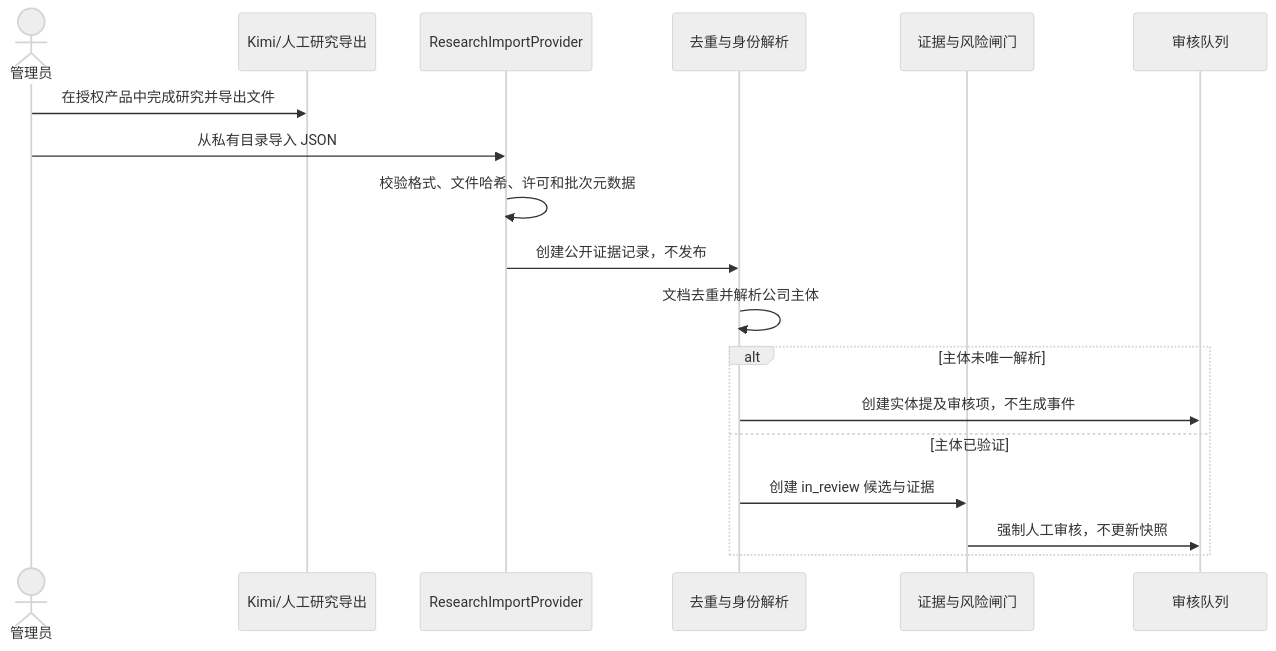
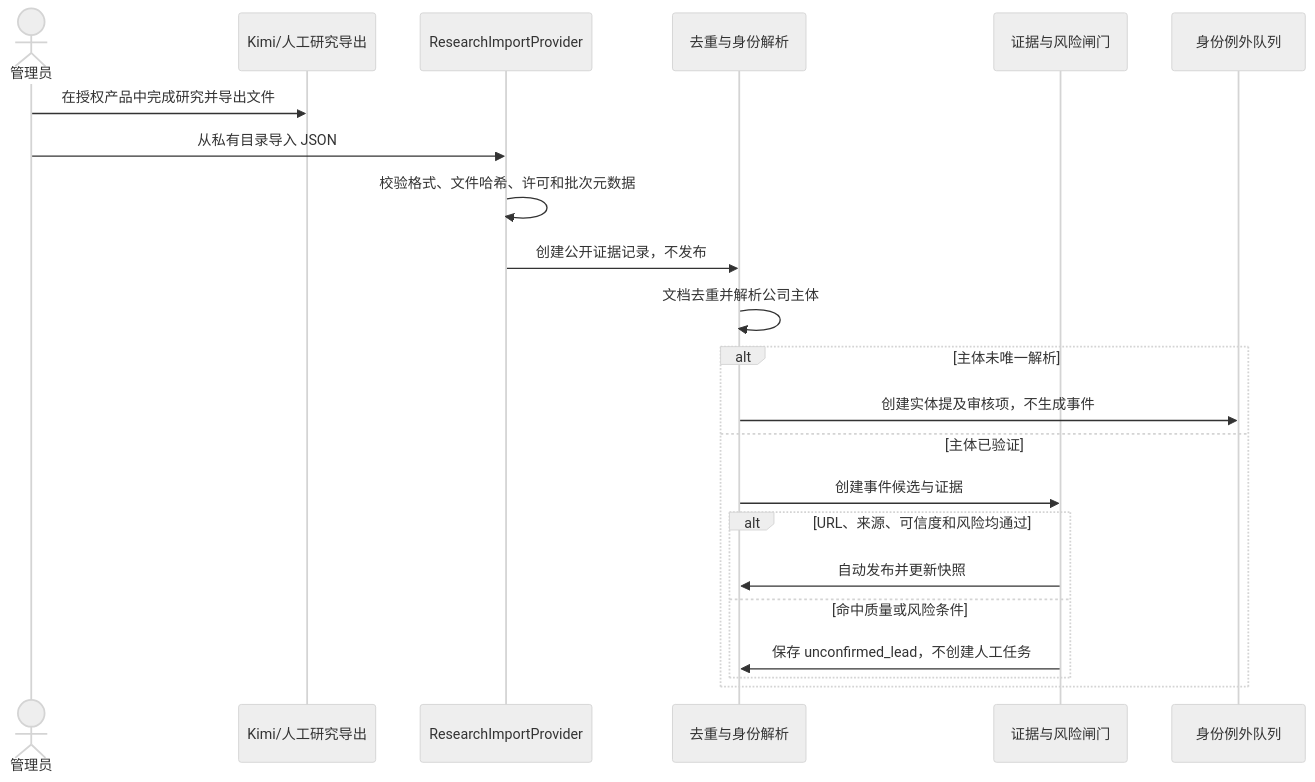
Before and after one commit to daiphoon/dealflow-radar: the diagram in docs/05-data-source-strategy.md, drawn with Mermaid (neutral theme). The commit also changed other lines of this file and 32 other files, not shown here.

````diff
--- a/docs/05-data-source-strategy.md
+++ b/docs/05-data-source-strategy.md
@@ -74,20 +74,24 @@
 ```mermaid
 sequenceDiagram
   actor A as 管理员
   participant K as Kimi/人工研究导出
   participant I as ResearchImportProvider
   participant D as 去重与身份解析
   participant G as 证据与风险闸门
-  participant Q as 审核队列
+  participant Q as 身份例外队列
   A->>K: 在授权产品中完成研究并导出文件
   A->>I: 从私有目录导入 JSON
   I->>I: 校验格式、文件哈希、许可和批次元数据
   I->>D: 创建公开证据记录，不发布
   D->>D: 文档去重并解析公司主体
   alt 主体未唯一解析
     D->>Q: 创建实体提及审核项，不生成事件
   else 主体已验证
-    D->>G: 创建 in_review 候选与证据
-    G->>Q: 强制人工审核，不更新快照
+    D->>G: 创建事件候选与证据
+    alt URL、来源、可信度和风险均通过
+      G->>D: 自动发布并更新快照
+    else 命中质量或风险条件
+      G->>D: 保存 unconfirmed_lead，不创建人工任务
+    end
   end
 ```
````
